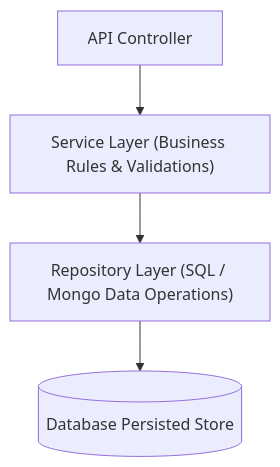
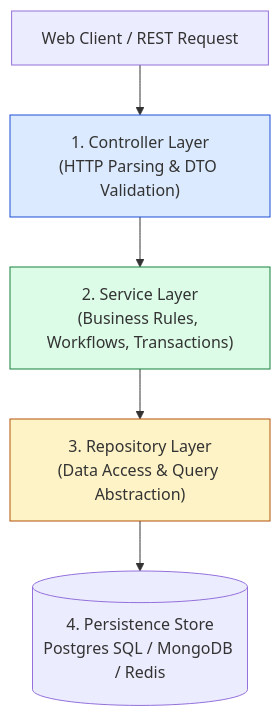
One commit to Amie-dev/engineering-playbook changed the first of 2 diagrams in js-patterns/33-repository-service-layer.md. Above: the diagram before and after it, drawn with Mermaid. The commit also changed other lines of this file and 39 other files, not shown here.

````diff
--- a/js-patterns/33-repository-service-layer.md
+++ b/js-patterns/33-repository-service-layer.md
@@ -11,6 +17,11 @@
 ```mermaid
 flowchart TD
-    Controller[API Controller] --> ServiceLayer["Service Layer (Business Rules & Validations)"]
-    ServiceLayer --> RepositoryLayer["Repository Layer (SQL / Mongo Data Operations)"]
-    RepositoryLayer --> Database[(Database Persisted Store)]
+    Client[Web Client / REST Request] --> Controller["1. Controller Layer<br/>(HTTP Parsing & DTO Validation)"]
+    Controller --> Service["2. Service Layer<br/>(Business Rules, Workflows, Transactions)"]
+    Service --> Repository["3. Repository Layer<br/>(Data Access & Query Abstraction)"]
+    Repository --> DB[(4. Persistence Store<br/>Postgres SQL / MongoDB / Redis)]
+
+    style Controller fill:#dbeafe,stroke:#1d4ed8
+    style Service fill:#dcfce7,stroke:#15803d
+    style Repository fill:#fef3c7,stroke:#b45309
 ```
````
